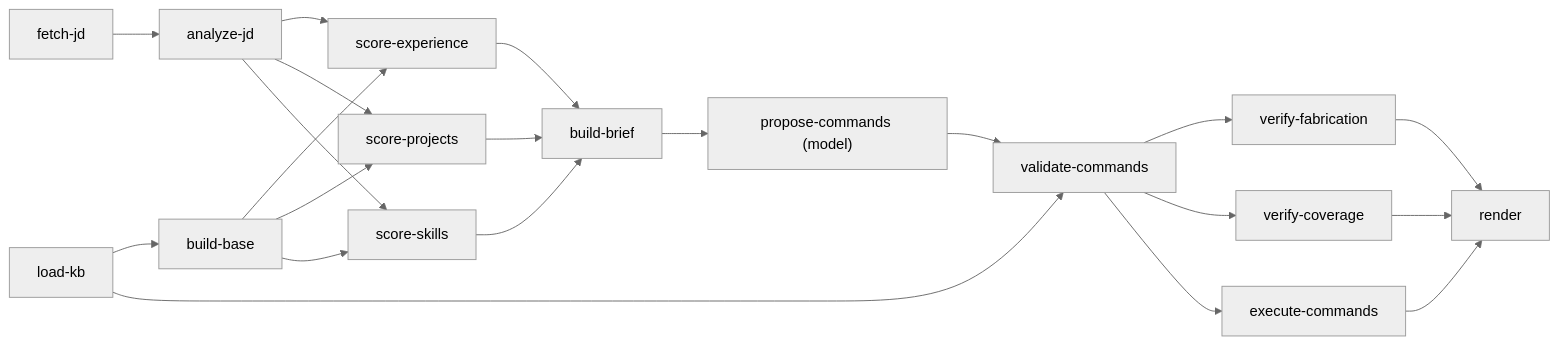
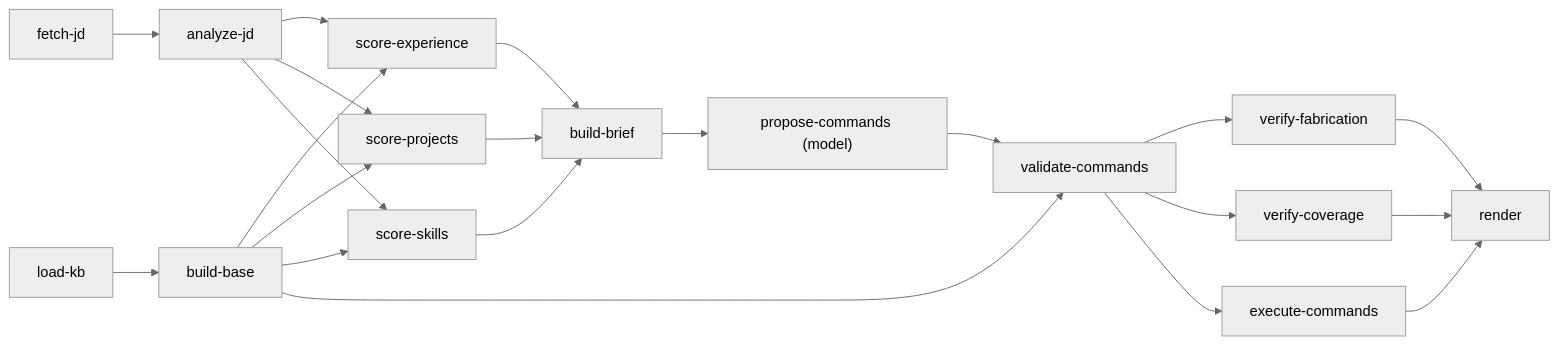
One commit to Vick1213/resumeforge changed the second of 2 diagrams in README.md. Above: the diagram before and after it, drawn with Mermaid (neutral theme). The commit also changed 1 other file, not shown here.

Commit message:
docs: correct the validate-commands edge in the pipeline diagrams
The mermaid diagrams drew validate-commands as depending on load-kb. The
graph builds it with DependsOn(BuildBase, ProposeCommands); load-kb reaches
it only transitively through build-base.

````diff
--- a/README.md
+++ b/README.md
@@ -101,29 +101,29 @@
 ```mermaid
 flowchart LR
     fetchJd["fetch-jd"] --> analyzeJd["analyze-jd"]
     loadKb["load-kb"] --> buildBase["build-base"]
 
     analyzeJd --> scoreExperience["score-experience"]
     analyzeJd --> scoreProjects["score-projects"]
     analyzeJd --> scoreSkills["score-skills"]
     buildBase --> scoreExperience
     buildBase --> scoreProjects
     buildBase --> scoreSkills
 
     scoreExperience --> buildBrief["build-brief"]
     scoreProjects --> buildBrief
     scoreSkills --> buildBrief
 
     buildBrief --> proposeCommands["propose-commands (model)"]
 
-    loadKb --> validateCommands["validate-commands"]
+    buildBase --> validateCommands["validate-commands"]
     proposeCommands --> validateCommands
 
     validateCommands --> verifyFabrication["verify-fabrication"]
     validateCommands --> verifyCoverage["verify-coverage"]
     validateCommands --> executeCommands["execute-commands"]
 
     verifyFabrication --> render["render"]
     verifyCoverage --> render
     executeCommands --> render
 ```
````
